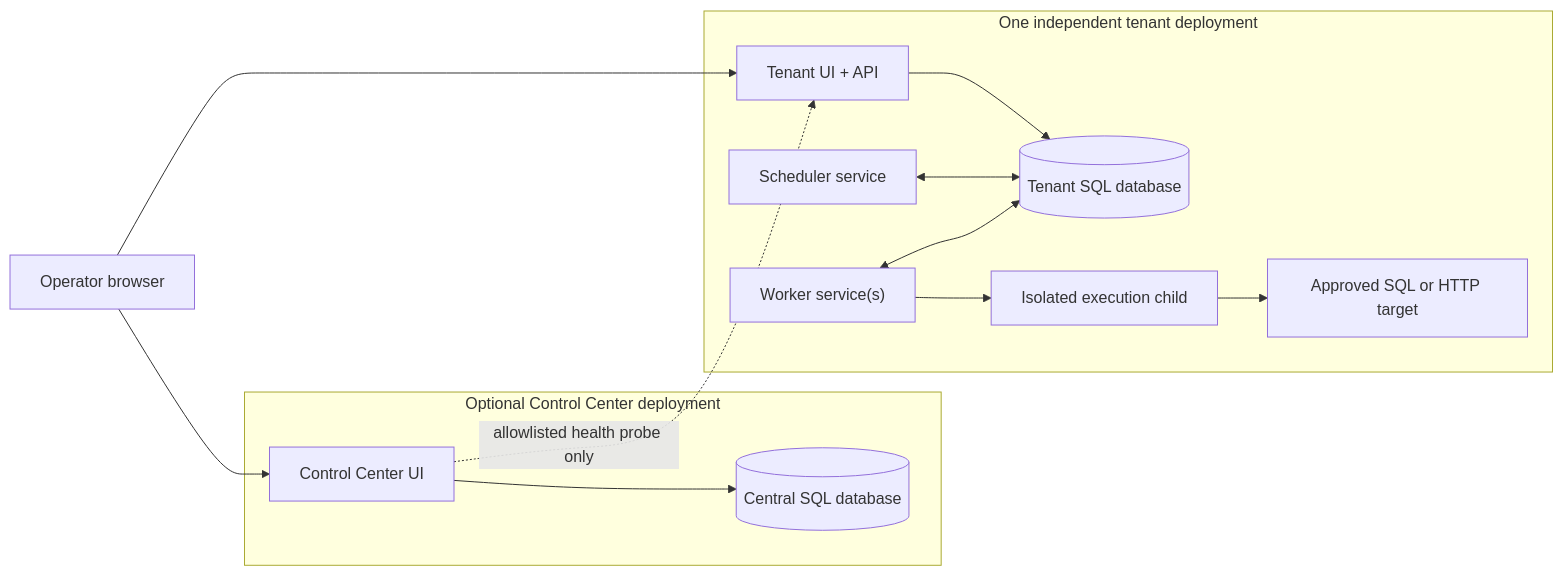
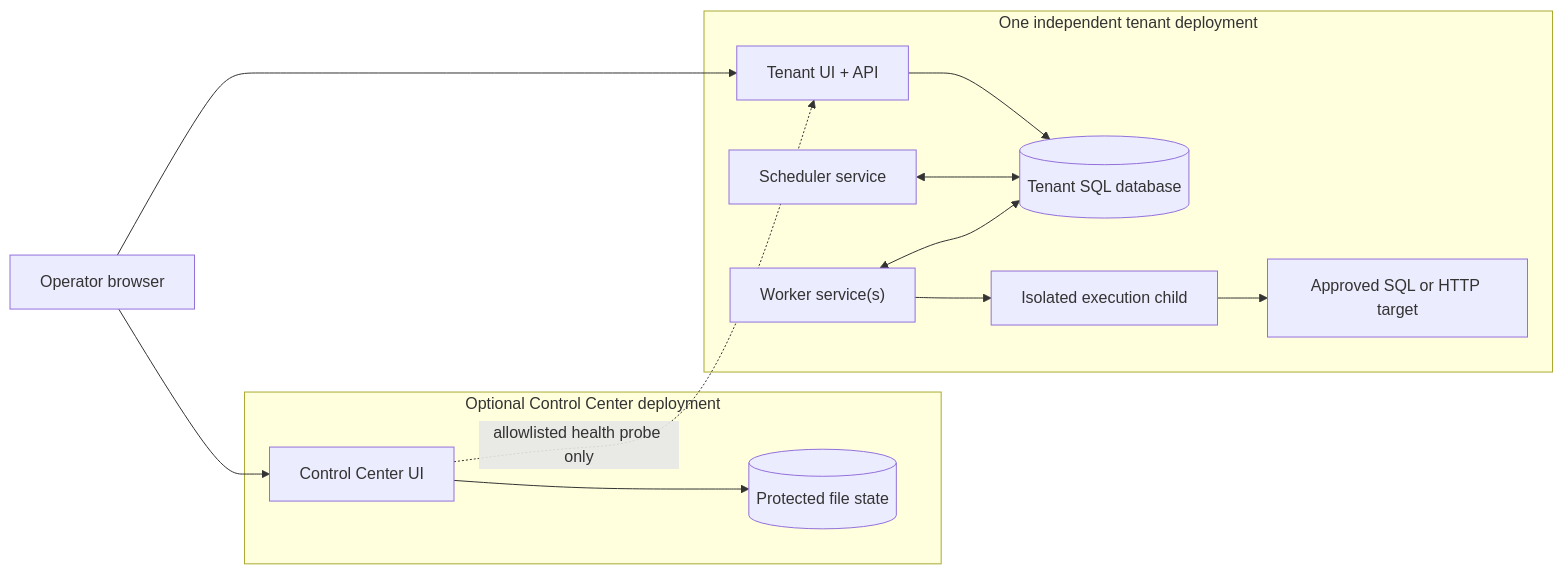
The diagram in docs/architecture.md (brunofreitasv/WorkerDock), drawn with Mermaid before and after one commit. The commit also changed other lines of this file and 10 other files, not shown here.

Commit message:
docs: document database-free control center

````diff
--- a/docs/architecture.md
+++ b/docs/architecture.md
@@ -7,16 +7,16 @@
 ```mermaid
 flowchart LR
     Operator["Operator browser"] --> CenterWeb["Control Center UI"]
     Operator --> TenantWeb["Tenant UI + API"]
     subgraph Center["Optional Control Center deployment"]
-        CenterWeb --> CenterDb[("Central SQL database")]
+        CenterWeb --> CenterFiles[("Protected file state")]
     end
     subgraph Tenant["One independent tenant deployment"]
         TenantWeb --> TenantDb[("Tenant SQL database")]
         Scheduler["Scheduler service"] <--> TenantDb
         Worker["Worker service(s)"] <--> TenantDb
         Worker --> Executor["Isolated execution child"]
         Executor --> Target["Approved SQL or HTTP target"]
     end
     CenterWeb -. "allowlisted health probe only" .-> TenantWeb
 ```
````
